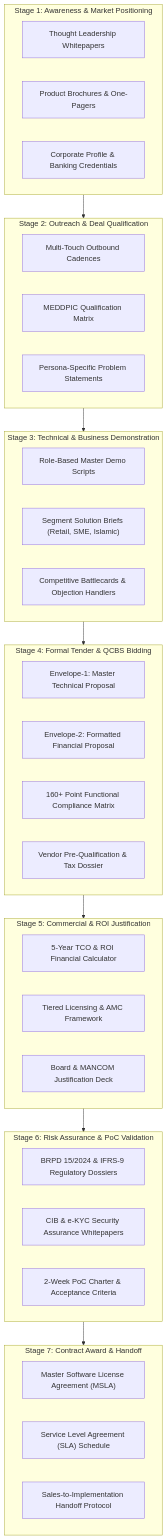
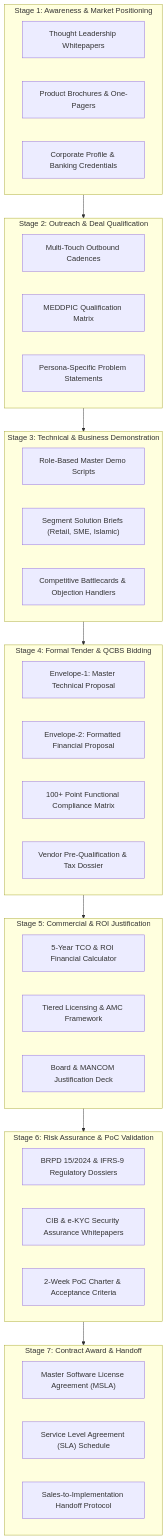
Before and after one commit to maz279/ulms: the diagram in business_document/MASTER_BUSINESS_DOCUMENTATION_CATALOG.md, drawn with Mermaid. The commit also changed other lines of this file and 128 other files, not shown here.

````diff
--- a/business_document/MASTER_BUSINESS_DOCUMENTATION_CATALOG.md
+++ b/business_document/MASTER_BUSINESS_DOCUMENTATION_CATALOG.md
@@ -88,47 +88,47 @@
 ```mermaid
 flowchart TD
     subgraph S1 ["Stage 1: Awareness & Market Positioning"]
         M1["Thought Leadership Whitepapers"]
         M2["Product Brochures & One-Pagers"]
         M3["Corporate Profile & Banking Credentials"]
     end
 
     subgraph S2 ["Stage 2: Outreach & Deal Qualification"]
         Q1["Multi-Touch Outbound Cadences"]
         Q2["MEDDPIC Qualification Matrix"]
         Q3["Persona-Specific Problem Statements"]
     end
 
     subgraph S3 ["Stage 3: Technical & Business Demonstration"]
         D1["Role-Based Master Demo Scripts"]
         D2["Segment Solution Briefs (Retail, SME, Islamic)"]
         D3["Competitive Battlecards & Objection Handlers"]
     end
 
     subgraph S4 ["Stage 4: Formal Tender & QCBS Bidding"]
         B1["Envelope-1: Master Technical Proposal"]
         B2["Envelope-2: Formatted Financial Proposal"]
-        B3["160+ Point Functional Compliance Matrix"]
+        B3["100+ Point Functional Compliance Matrix"]
         B4["Vendor Pre-Qualification & Tax Dossier"]
     end
 
     subgraph S5 ["Stage 5: Commercial & ROI Justification"]
         C1["5-Year TCO & ROI Financial Calculator"]
         C2["Tiered Licensing & AMC Framework"]
         C3["Board & MANCOM Justification Deck"]
     end
 
     subgraph S6 ["Stage 6: Risk Assurance & PoC Validation"]
         R1["BRPD 15/2024 & IFRS-9 Regulatory Dossiers"]
         R2["CIB & e-KYC Security Assurance Whitepapers"]
         R3["2-Week PoC Charter & Acceptance Criteria"]
     end
 
     subgraph S7 ["Stage 7: Contract Award & Handoff"]
         K1["Master Software License Agreement (MSLA)"]
         K2["Service Level Agreement (SLA) Schedule"]
         K3["Sales-to-Implementation Handoff Protocol"]
     end
 
     S1 --> S2 --> S3 --> S4 --> S5 --> S6 --> S7
 ```
````
